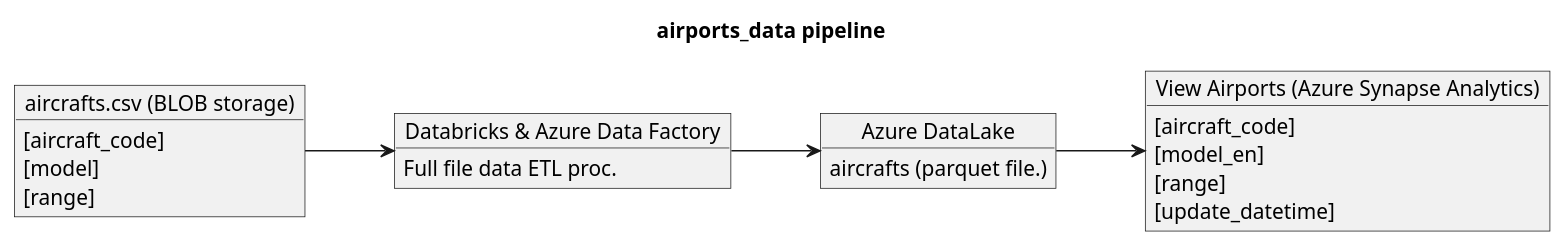
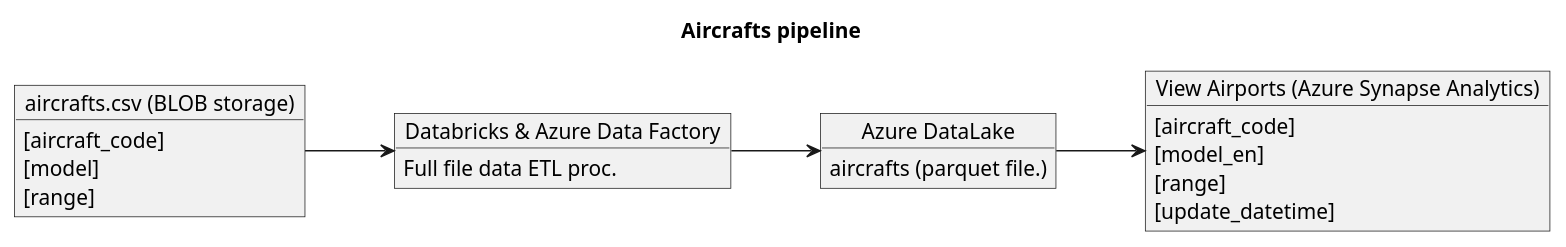
The diagram in aircrafts_pipeline.puml (antnrosen/Hercules-Kadmos), drawn with PlantUML before and after one commit. The commit also changed 1 other file, not shown here.

```diff
--- a/aircrafts_pipeline.puml
+++ b/aircrafts_pipeline.puml
@@ -1,27 +1,27 @@
 @startuml
 left to right direction
 ' Horizontal lines: -->, <--, <-->
 ' Vertical lines: ->, <-, <->
-title airports_data pipeline
+title Aircrafts pipeline
 
 object "aircrafts.csv (BLOB storage)" as i
 i : [aircraft_code]
 i : [model]
 i : [range]
 
 object "Databricks & Azure Data Factory" as a
 a : Full file data ETL proc.
 
 object "Azure DataLake" as f
 f : aircrafts (parquet file.)
 
 object "View Airports (Azure Synapse Analytics)" as s
 s : [aircraft_code]
 s : [model_en]
 s : [range]
 s : [update_datetime]
 
 i --> a
 a --> f
 f --> s
 @enduml
```
